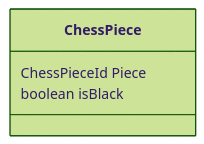
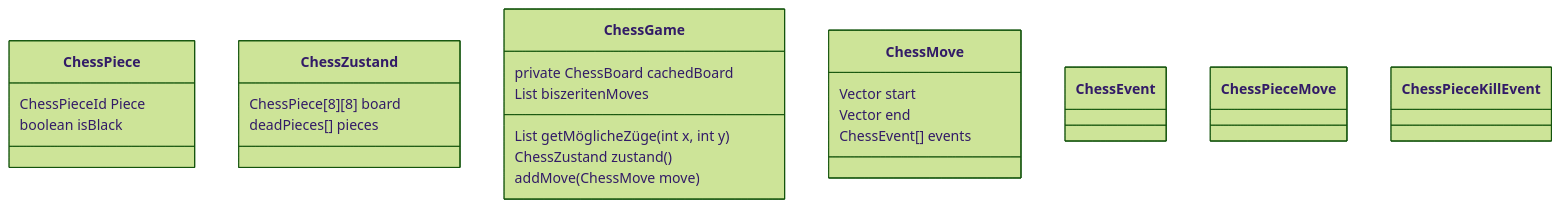
Before and after one commit to KundV/schach: the diagram in docs/Projektstruktur/schachlogik.md, drawn with Mermaid. The commit also changed other lines of this file and 8 other files, not shown here.

````diff
--- a/docs/Projektstruktur/schachlogik.md
+++ b/docs/Projektstruktur/schachlogik.md
@@ -5,10 +8,52 @@
 ```mermaid
 %%{init: { 'theme': 'forest' } }%%
 classDiagram
     class ChessPiece {
         ChessPieceId Piece
         boolean isBlack
         
     }
-    ChessPiece
+
+    class ChessZustand {
+        
+        ChessPiece[8][8] board
+        deadPieces[] pieces
+    }
+
+    class ChessGame {
+        List getMöglicheZüge(int x, int y) 
+
+        ChessZustand zustand()
+
+        addMove(ChessMove move)
+
+        
+        
+        private ChessBoard cachedBoard
+
+        List biszeritenMoves
+    }
+
+    class ChessMove {
+        Vector start
+        Vector end
+
+        
+        
+        ChessEvent[] events
+    }
+
+    class ChessEvent {
+
+    }
+
+    class ChessPieceMove {
+
+    }
+
+    class ChessPieceKillEvent {
+
+    }
+
+    
 ```
````
